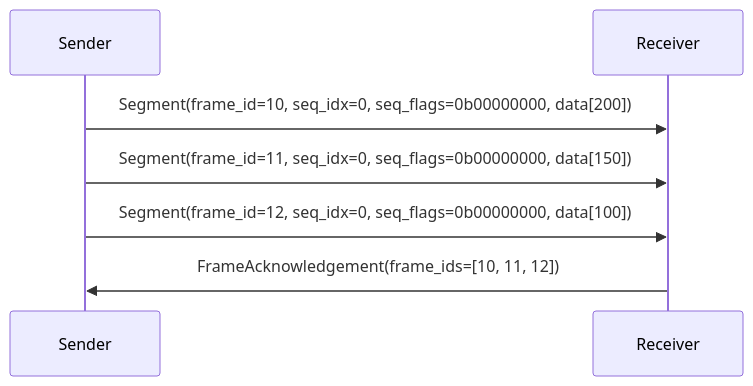
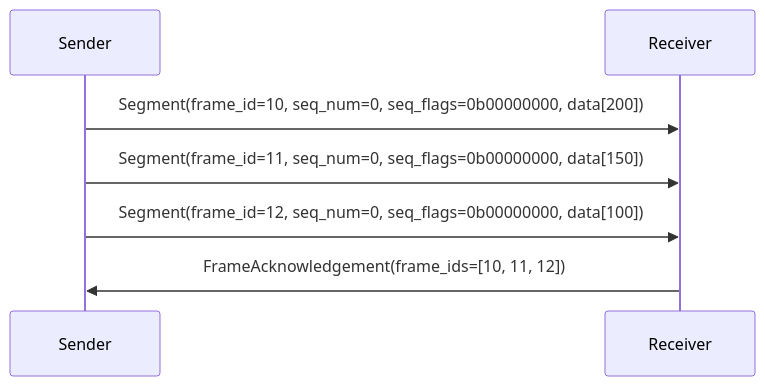
The ninth of 11 diagrams in rfcs/RFC-0007-session-protocol/0007-session-protocol.md (hoprnet/rfc), drawn with Mermaid before and after one commit. The commit also changed other lines of this file, not shown here.

Commit message:
fix(md): Clarify segment sequence flags

````diff
--- a/rfcs/RFC-0007-session-protocol/0007-session-protocol.md
+++ b/rfcs/RFC-0007-session-protocol/0007-session-protocol.md
@@ -319,11 +319,11 @@
 ```mermaid
 sequenceDiagram
     participant S as Sender
     participant R as Receiver
 
-    S->>R: Segment(frame_id=10, seq_idx=0, seq_flags=0b00000000, data[200])
-    S->>R: Segment(frame_id=11, seq_idx=0, seq_flags=0b00000000, data[150])
-    S->>R: Segment(frame_id=12, seq_idx=0, seq_flags=0b00000000, data[100])
+    S->>R: Segment(frame_id=10, seq_num=0, seq_flags=0b00000000, data[200])
+    S->>R: Segment(frame_id=11, seq_num=0, seq_flags=0b00000000, data[150])
+    S->>R: Segment(frame_id=12, seq_num=0, seq_flags=0b00000000, data[100])
 
     R->>S: FrameAcknowledgement(frame_ids=[10, 11, 12])
 ```
````
